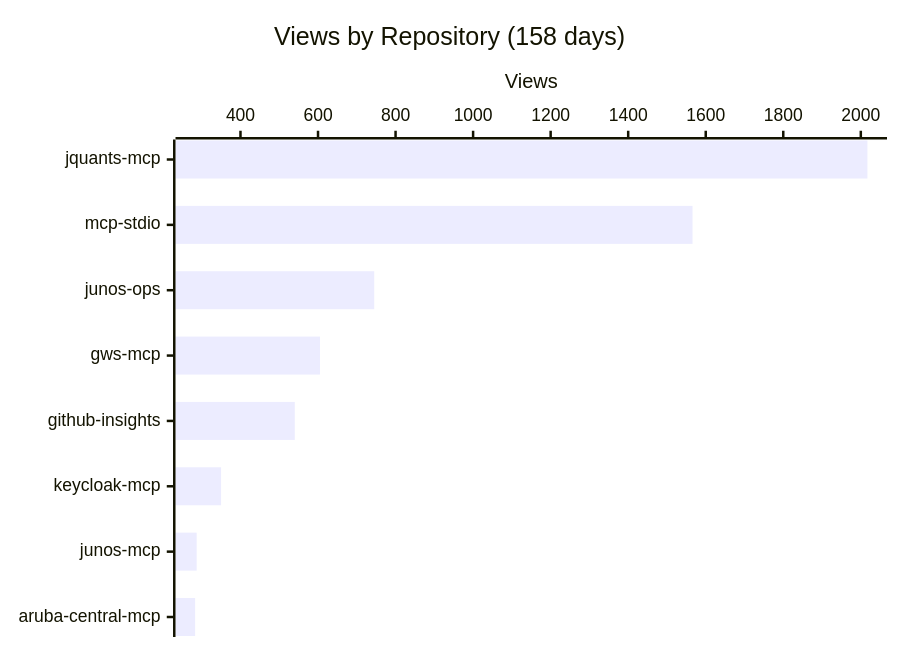
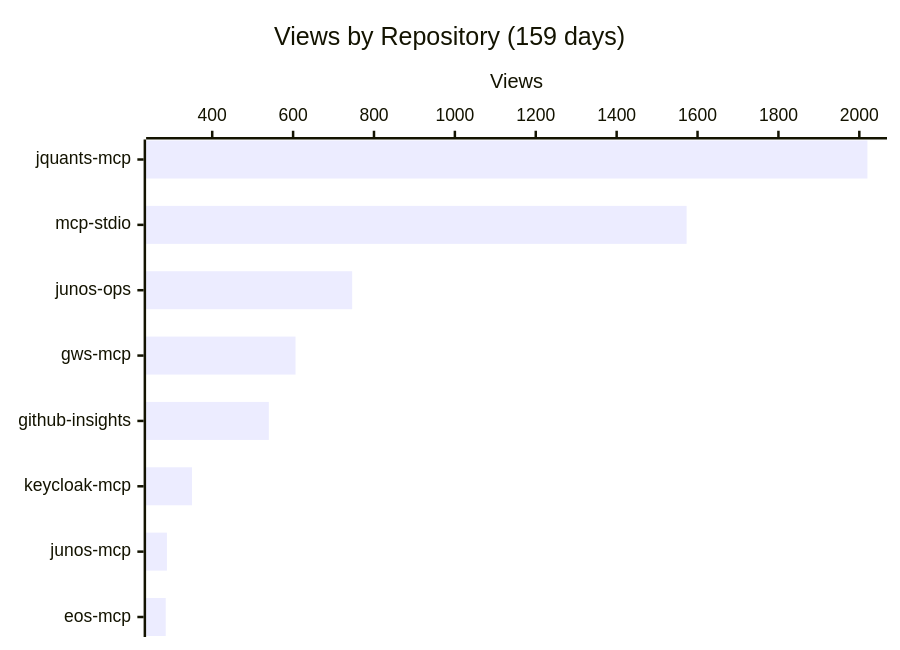
Before and after one commit to shigechika/github-insights: the first of 4 diagrams in README.md, drawn with Mermaid. The commit also changed other lines of this file and 2 other files, not shown here.

````diff
--- a/README.md
+++ b/README.md
@@ -18,7 +18,7 @@
 ```mermaid
 xychart-beta horizontal
-    title "Views by Repository (158 days)"
-    x-axis ["jquants-mcp", "mcp-stdio", "junos-ops", "gws-mcp", "github-insights", "keycloak-mcp", "junos-mcp", "aruba-central-mcp"]
+    title "Views by Repository (159 days)"
+    x-axis ["jquants-mcp", "mcp-stdio", "junos-ops", "gws-mcp", "github-insights", "keycloak-mcp", "junos-mcp", "eos-mcp"]
     y-axis "Views"
-    bar [2017, 1566, 745, 605, 540, 350, 287, 283]
+    bar [2020, 1573, 746, 606, 540, 350, 288, 285]
 ```
````
